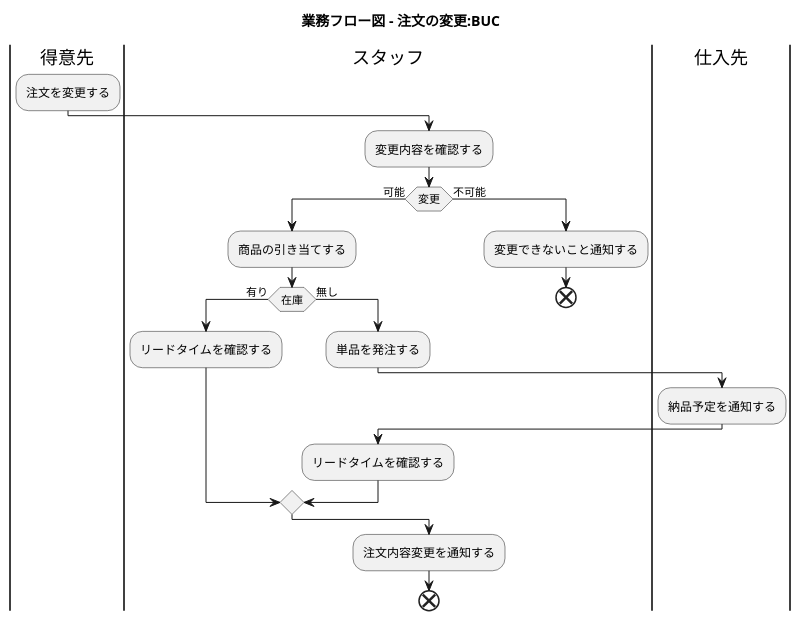
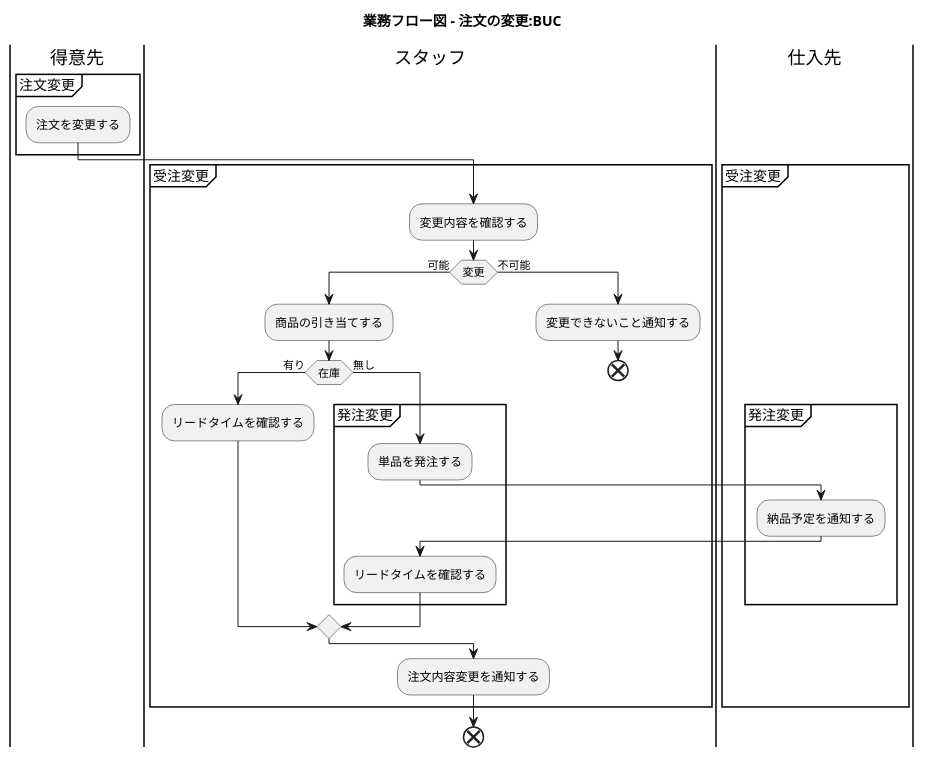
Diagram 11 of 38 in docs/index.adoc (k2works/application_programing_excercise_2022), drawn with PlantUML before and after one commit. The commit also changed other lines of this file, not shown here.

Commit message:
docs: ユースケース複合図

```diff
--- a/docs/index.adoc
+++ b/docs/index.adoc
@@ -401,32 +412,37 @@
 [plantuml]
 ----
 @startuml
 
 title 業務フロー図 - 注文の変更:BUC
 
 |得意先|
+partition 注文変更 {
 :注文を変更する;
-
-|スタッフ|
-:変更内容を確認する;
-if (変更) then (可能)
- |スタッフ|
- :商品の引き当てする;
- if (在庫) then (有り)
-  :リードタイムを確認する;
- else (無し)
-  :単品を発注する;
-  |仕入先|
-  :納品予定を通知する;
-  |スタッフ|
-  :リードタイムを確認する;
- endif
-else (不可能)
- :変更できないこと通知する;
- end
-endif
-:注文内容変更を通知する;
+}
+partition 受注変更 {
+    |スタッフ|
+    :変更内容を確認する;
+    if (変更) then (可能)
+     |スタッフ|
+     :商品の引き当てする;
+     if (在庫) then (有り)
+      :リードタイムを確認する;
+     else (無し)
+      partition 発注変更 {
+          :単品を発注する;
+          |仕入先|
+          :納品予定を通知する;
+          |スタッフ|
+          :リードタイムを確認する;
+      }
+     endif
+    else (不可能)
+     :変更できないこと通知する;
+     end
+    endif
+    :注文内容変更を通知する;
+}
 end
 
 @enduml
 ----
```
